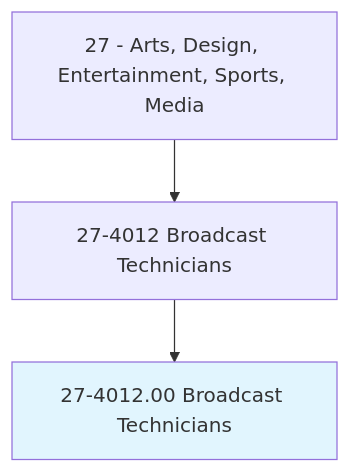
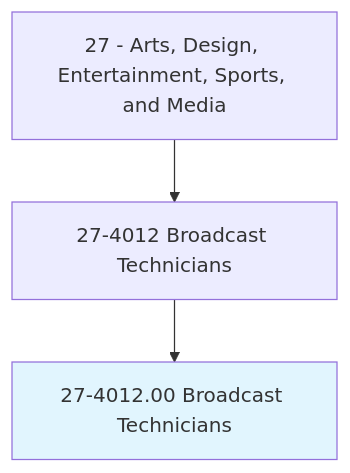
Before and after one commit to kziemski/business.org.ai: the first of 4 diagrams in occupations/ArtsMedia/BroadcastTechnicians.mdx, drawn with Mermaid. The commit also changed other lines of this file and 938 other files, not shown here.

````diff
--- a/occupations/ArtsMedia/BroadcastTechnicians.mdx
+++ b/occupations/ArtsMedia/BroadcastTechnicians.mdx
@@ -19,6 +23,6 @@
 ```mermaid
 graph TD
-    Cat27["27 - Arts, Design, Entertainment, Sports, Media"] --> Group274012["27-4012 Broadcast Technicians"]
+    Cat27["27 - Arts, Design, Entertainment, Sports, and Media"] --> Group274012["27-4012 Broadcast Technicians"]
     Group274012 --> Current["27-4012.00 Broadcast Technicians"]
     style Current fill:#e1f5fe
 ```
````
